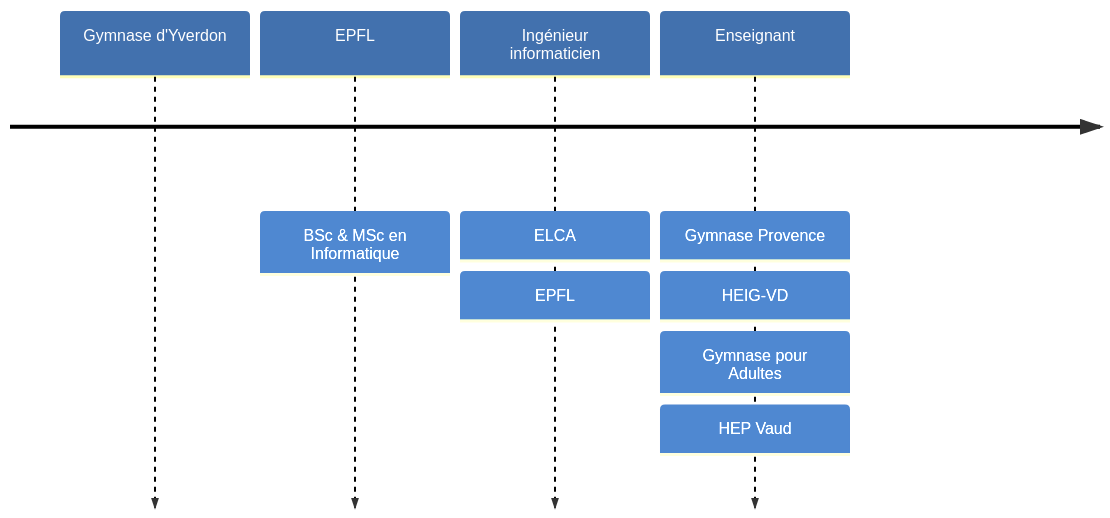
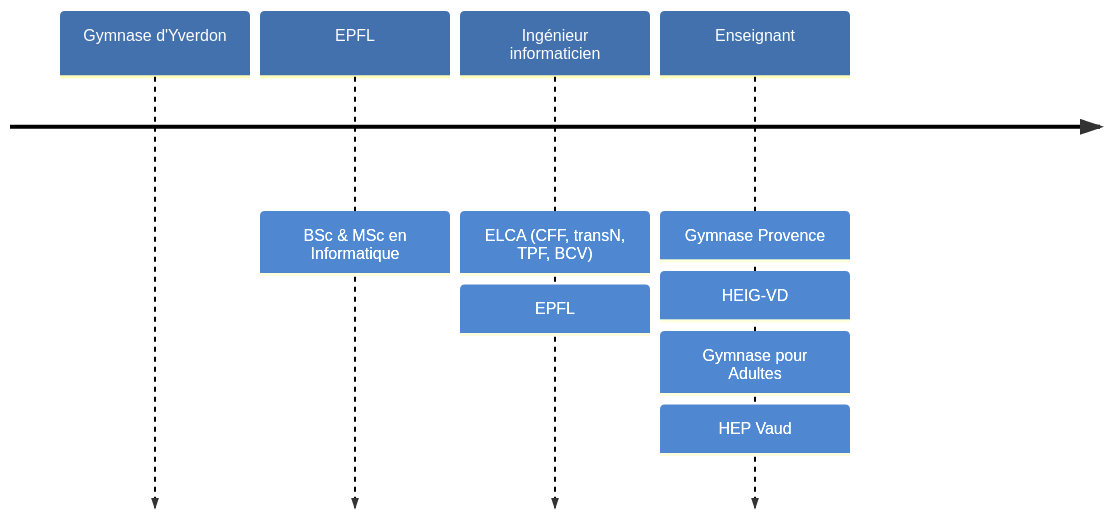
One commit to blueur/hep-24 changed the diagram in static/slide/intro.md. Above: the diagram before and after it, drawn with Mermaid. The commit also changed other lines of this file and 7 other files, not shown here.

````diff
--- a/static/slide/intro.md
+++ b/static/slide/intro.md
@@ -9,8 +9,8 @@
 ```mermaid
 %%{init: { 'themeVariables': {'cScale0': '#4271ae'}, 'timeline': {'disableMulticolor': true}}}%%
 timeline
   Gymnase d'Yverdon
   EPFL : BSc & MSc en Informatique
-  Ingénieur informaticien : ELCA : EPFL
+  Ingénieur informaticien : ELCA (CFF, transN, TPF, BCV) : EPFL
   Enseignant : Gymnase Provence : HEIG-VD : Gymnase pour Adultes : HEP Vaud
 ```
````
